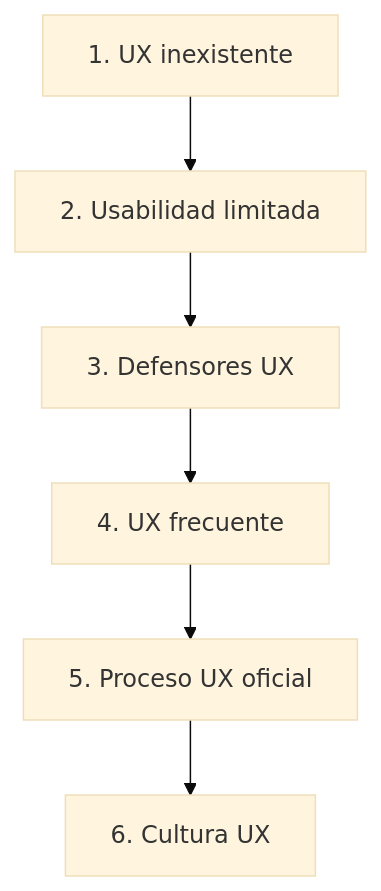
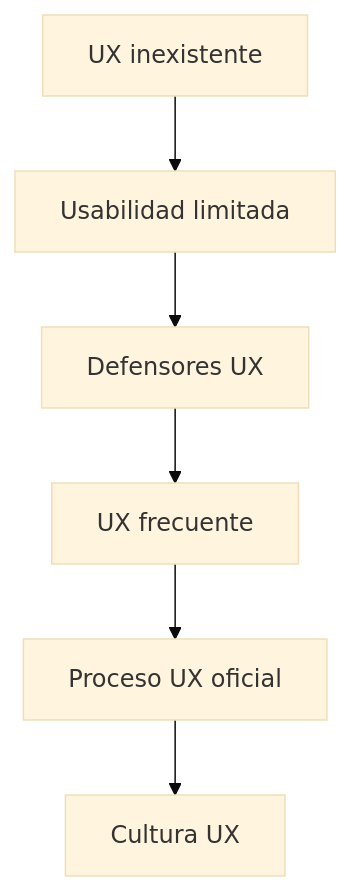
Before and after one commit to toonchavez8/Unir-Notes: the first of 3 diagrams in Maestría-Ingeniería-de-Software/09-Experencia-e-interfaz/05-Nivels-de-Madures.md, drawn with Mermaid (base theme). The commit also changed other lines of this file and 7 other files, not shown here.

````diff
--- a/Maestría-Ingeniería-de-Software/09-Experencia-e-interfaz/05-Nivels-de-Madures.md
+++ b/Maestría-Ingeniería-de-Software/09-Experencia-e-interfaz/05-Nivels-de-Madures.md
@@ -103,16 +103,16 @@
 ```mermaid
 flowchart TD
 
-A[1. UX inexistente]
-B[2. Usabilidad limitada]
-C[3. Defensores UX]
-D[4. UX frecuente]
-E[5. Proceso UX oficial]
-F[6. Cultura UX]
+A[UX inexistente]
+B[Usabilidad limitada]
+C[Defensores UX]
+D[UX frecuente]
+E[Proceso UX oficial]
+F[Cultura UX]
 
 A --> B
 B --> C
 C --> D
 D --> E
 E --> F
 ```
````
